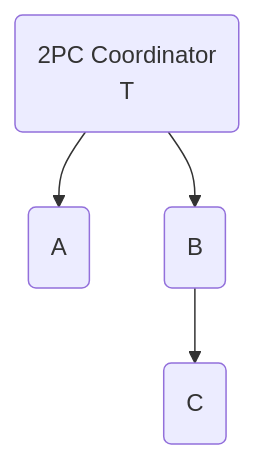
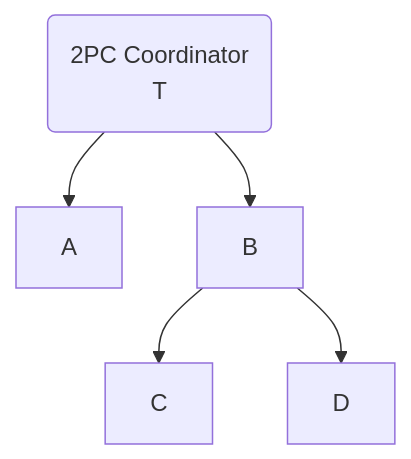
One commit to tcbkkvik/atomic-transaction-context changed the first of 2 diagrams in README.md. Above: the diagram before and after it, drawn with Mermaid. The commit also changed other lines of this file, not shown here.

Commit message:
2pc tree

````diff
--- a/README.md
+++ b/README.md
@@ -17,8 +17,9 @@
 ```mermaid 
 flowchart
     T(2PC Coordinator
       T)
-    T --> A(A)
-    T --> B(B)
-    B --> C(C)
+    T --> A
+    T --> B
+    B --> C
+    B --> D
 ```
````
